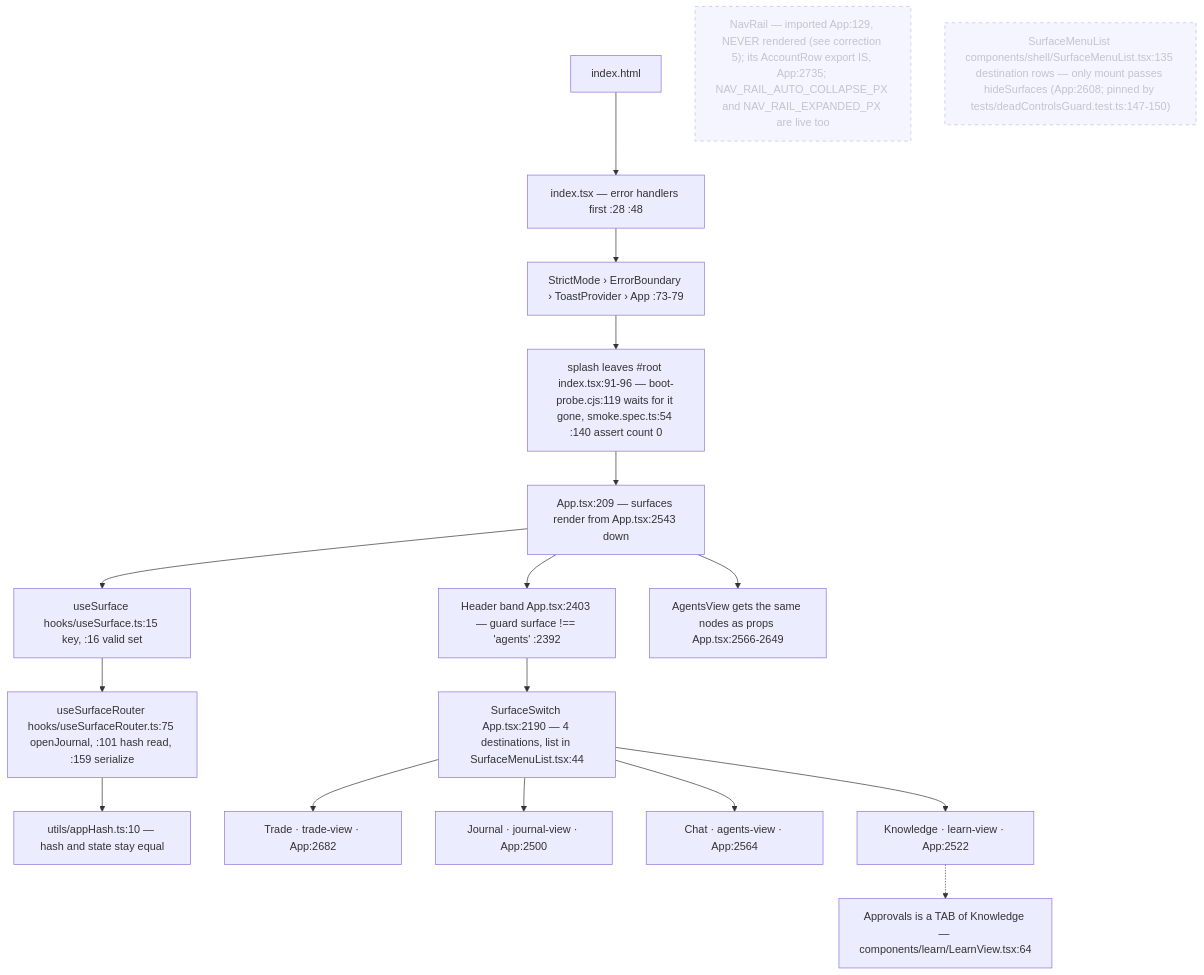
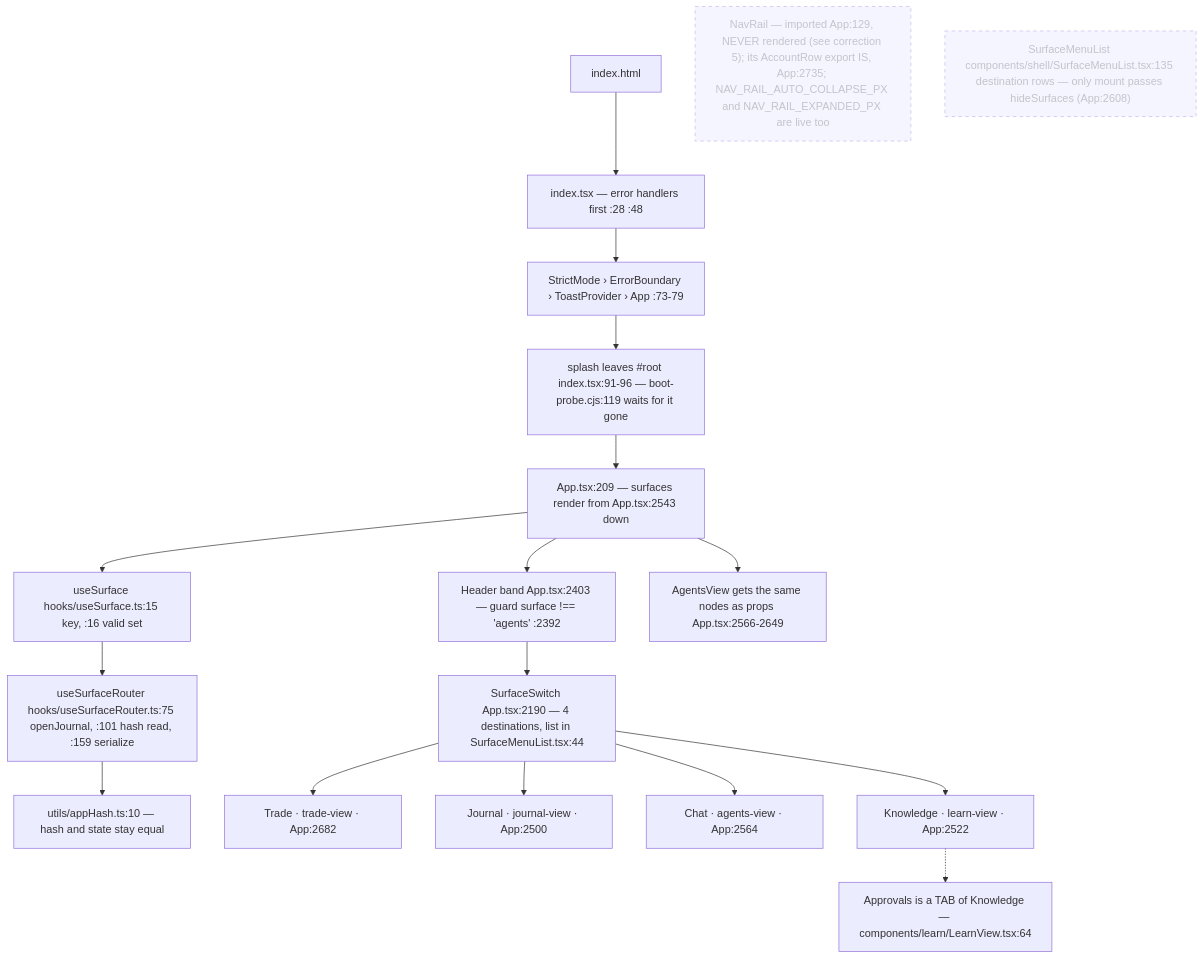
One commit to Acepay25/august-3.5 changed the first of 8 diagrams in docs/app-flow.md. Above: the diagram before and after it, drawn with Mermaid. The commit also changed other lines of this file and 2 other files, not shown here.

First line of the commit message:
fix(anchors): the gate and the flow docs stop assuming a test suite

````diff
--- a/docs/app-flow.md
+++ b/docs/app-flow.md
@@ -44,21 +44,21 @@
 ```mermaid
 flowchart TD
     H["index.html"] --> I["index.tsx — error handlers first :28 :48"]
     I --> S["StrictMode › ErrorBoundary › ToastProvider › App :73-79"]
-    S --> SP["splash leaves #root index.tsx:91-96 — boot-probe.cjs:119 waits for it gone, smoke.spec.ts:54 :140 assert count 0"]
+    S --> SP["splash leaves #root index.tsx:91-96 — boot-probe.cjs:119 waits for it gone"]
     SP --> APP["App.tsx:209 — surfaces render from App.tsx:2543 down"]
     APP --> US["useSurface hooks/useSurface.ts:15 key, :16 valid set"]
     US --> UR["useSurfaceRouter hooks/useSurfaceRouter.ts:75 openJournal, :101 hash read, :159 serialize"]
     UR --> HASH["utils/appHash.ts:10 — hash and state stay equal"]
     APP --> HD["Header band App.tsx:2403 — guard surface !== 'agents' :2392"]
     HD --> SW["SurfaceSwitch App.tsx:2190 — 4 destinations, list in SurfaceMenuList.tsx:44"]
     APP --> AV["AgentsView gets the same nodes as props App.tsx:2566-2649"]
     SW --> T["Trade · trade-view · App:2682"]
     SW --> J["Journal · journal-view · App:2500"]
     SW --> C["Chat · agents-view · App:2564"]
     SW --> K["Knowledge · learn-view · App:2522"]
     K -.-> AP["Approvals is a TAB of Knowledge — components/learn/LearnView.tsx:64"]
     NR["NavRail — imported App:129, NEVER rendered (see correction 5); its AccountRow export IS, App:2735; NAV_RAIL_AUTO_COLLAPSE_PX and NAV_RAIL_EXPANDED_PX are live too"]:::dead
-    SM["SurfaceMenuList components/shell/SurfaceMenuList.tsx:135 destination rows — only mount passes hideSurfaces (App:2608; pinned by tests/deadControlsGuard.test.ts:147-150)"]:::dead
+    SM["SurfaceMenuList components/shell/SurfaceMenuList.tsx:135 destination rows — only mount passes hideSurfaces (App:2608)"]:::dead
     classDef dead stroke-dasharray: 5 5,opacity:.5
 ```
````
